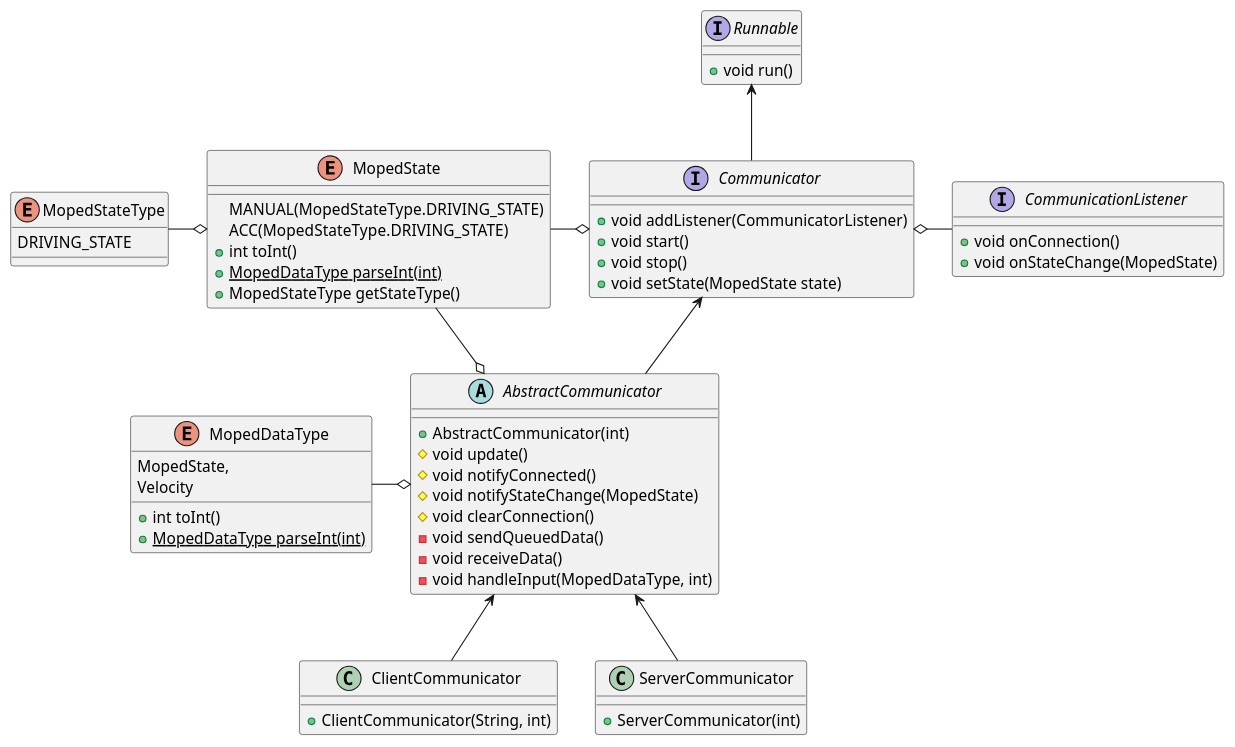
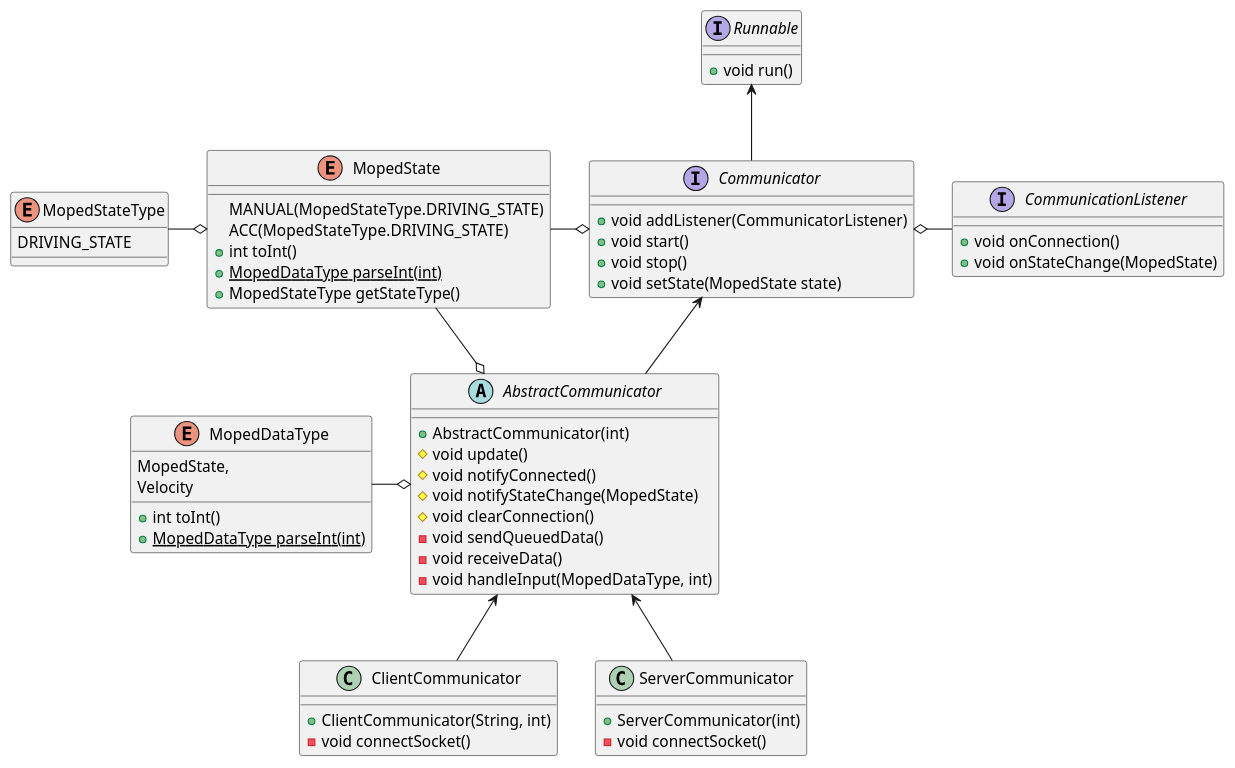
Before and after one commit to felixnorden/moppepojkar: the diagram in src/communication/UML/communcation.puml, drawn with PlantUML. The commit also changed 2 other files, not shown here.

```diff
--- a/src/communication/UML/communcation.puml
+++ b/src/communication/UML/communcation.puml
@@ -1,67 +1,69 @@
 @startuml
 Communicator <-- AbstractCommunicator
 AbstractCommunicator <-- ClientCommunicator
 AbstractCommunicator <-- ServerCommunicator
 Runnable <-- Communicator
 Communicator o- CommunicationListener
 MopedState -o AbstractCommunicator
 MopedState -o Communicator
 MopedDataType -o AbstractCommunicator
 MopedStateType -o MopedState
 
 
 
 interface Runnable {
     +void run()
 }
 
 interface Communicator {
     +void addListener(CommunicatorListener)
     +void start()
     +void stop()
     +void setState(MopedState state)
 }
 
 interface CommunicationListener {
     +void onConnection()
     +void onStateChange(MopedState)
 }
 
 abstract class AbstractCommunicator {
     +AbstractCommunicator(int)
     #void update()
     #void notifyConnected()
     #void notifyStateChange(MopedState)
     #void clearConnection()
     -void sendQueuedData()
     -void receiveData()
     -void handleInput(MopedDataType, int)
 }
 
 class ClientCommunicator {
     +ClientCommunicator(String, int)
+    -void connectSocket()
 }
 
 class ServerCommunicator {
     +ServerCommunicator(int)
+    -void connectSocket()
 }
 
 Enum MopedState {
     MANUAL(MopedStateType.DRIVING_STATE)
     ACC(MopedStateType.DRIVING_STATE)
     +int toInt()
     {static}+MopedDataType parseInt(int)
     +MopedStateType getStateType()
 }
 
 Enum MopedDataType {
     MopedState,
     Velocity
     +int toInt()
     {static}+MopedDataType parseInt(int)
 }
 
 Enum MopedStateType {
     DRIVING_STATE
 }
 @enduml
```
